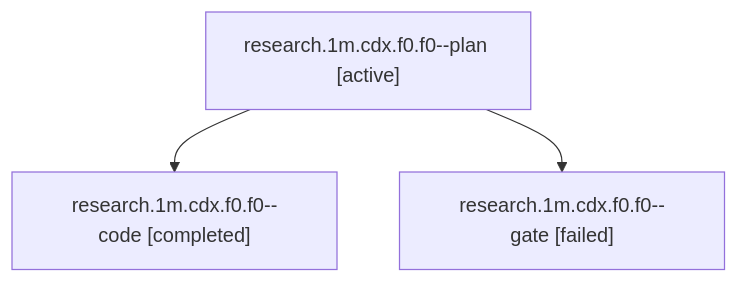
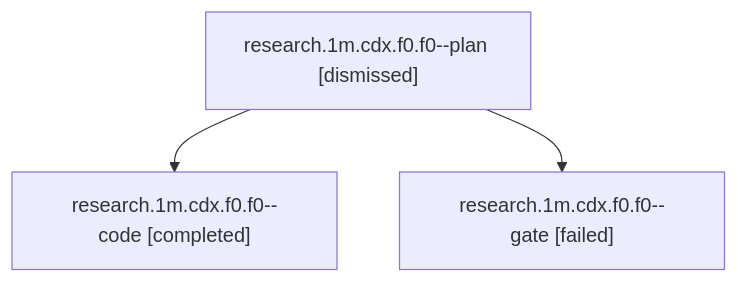
One commit to sase-org/sase--agents changed the diagram in sessions/bbugyi200.athena.research.1m.cdx.f0.f0.md. Above: the diagram before and after it, drawn with Mermaid. The commit also changed other lines of this file and 1349 other files, not shown here.

````diff
--- a/sessions/bbugyi200.athena.research.1m.cdx.f0.f0.md
+++ b/sessions/bbugyi200.athena.research.1m.cdx.f0.f0.md
@@ -9,8 +9,8 @@
 ```mermaid
 flowchart TD
-  n0["research.1m.cdx.f0.f0--plan [active]"]
+  n0["research.1m.cdx.f0.f0--plan [dismissed]"]
   n1["research.1m.cdx.f0.f0--code [completed]"]
   n0 --> n1
   n2["research.1m.cdx.f0.f0--gate [failed]"]
   n0 --> n2
 ```
````
